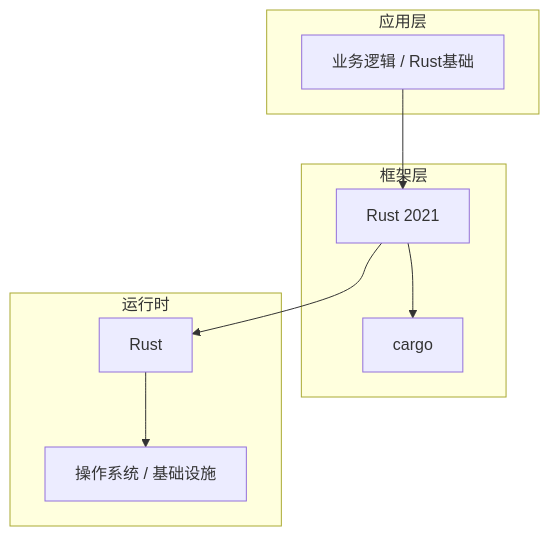
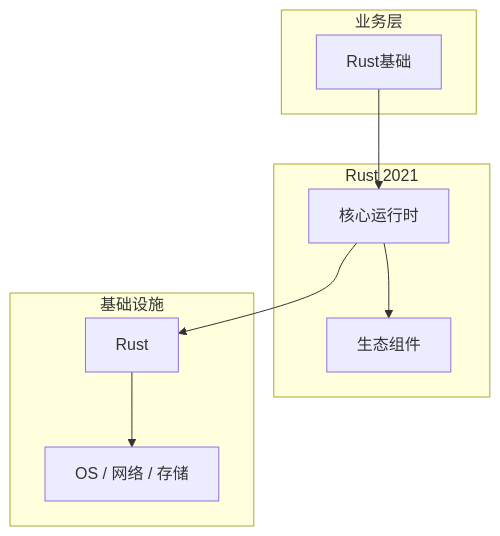
Before and after one commit to yanggan2015/knowledge-json-v2: the diagram in articles/Rust语言/chapters/001-Rust基础核心概念与原理.md, drawn with Mermaid. The commit also changed other lines of this file and 10127 other files, not shown here.

````diff
--- a/articles/Rust语言/chapters/001-Rust基础核心概念与原理.md
+++ b/articles/Rust语言/chapters/001-Rust基础核心概念与原理.md
@@ -45,18 +34,18 @@
 ```mermaid
 graph TB
-    subgraph 应用层
-        A[业务逻辑 / Rust基础]
+    subgraph 业务层
+        A[Rust基础]
     end
-    subgraph 框架层
-        B[Rust 2021]
-        C[cargo]
+    subgraph Rust 2021
+        B[核心运行时]
+        C[生态组件]
     end
-    subgraph 运行时
+    subgraph 基础设施
         D[Rust]
-        E[操作系统 / 基础设施]
+        E[OS / 网络 / 存储]
     end
     A --> B
     B --> C
     B --> D
     D --> E
 ```
````
